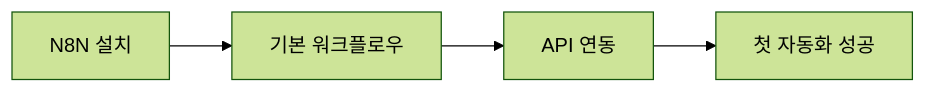
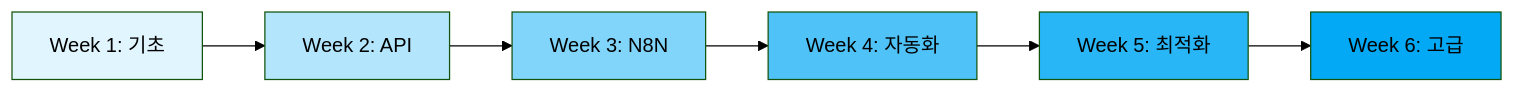
Before and after one commit to Jirehhyeon/BLOG-: the diagram in README.md, drawn with Mermaid (forest theme). The commit also changed other lines of this file and 10 other files, not shown here.

````diff
--- a/README.md
+++ b/README.md
@@ -52,6 +27,15 @@
 ```mermaid
 graph LR
-    A[N8N 설치] --> B[기본 워크플로우]
-    B --> C[API 연동]
-    C --> D[첫 자동화 성공]
+    A[Week 1: 기초] --> B[Week 2: API]
+    B --> C[Week 3: N8N]
+    C --> D[Week 4: 자동화]
+    D --> E[Week 5: 최적화]
+    E --> F[Week 6: 고급]
+    
+    style A fill:#e1f5fe
+    style B fill:#b3e5fc
+    style C fill:#81d4fa
+    style D fill:#4fc3f7
+    style E fill:#29b6f6
+    style F fill:#03a9f4
 ```
````
